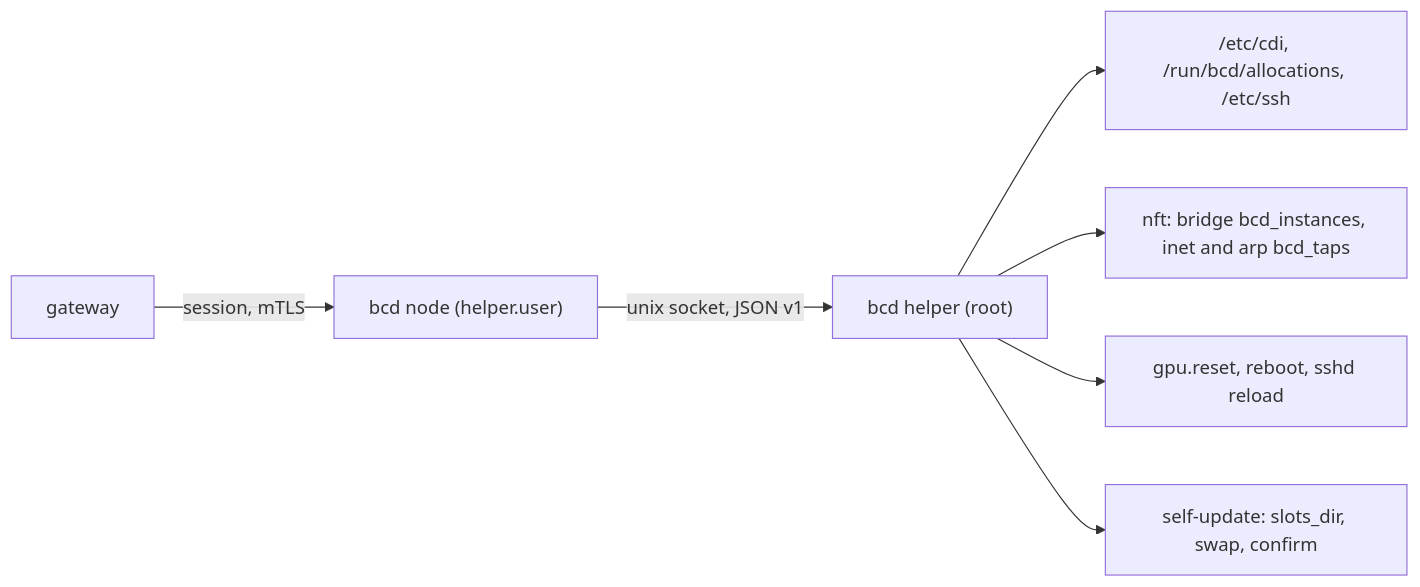
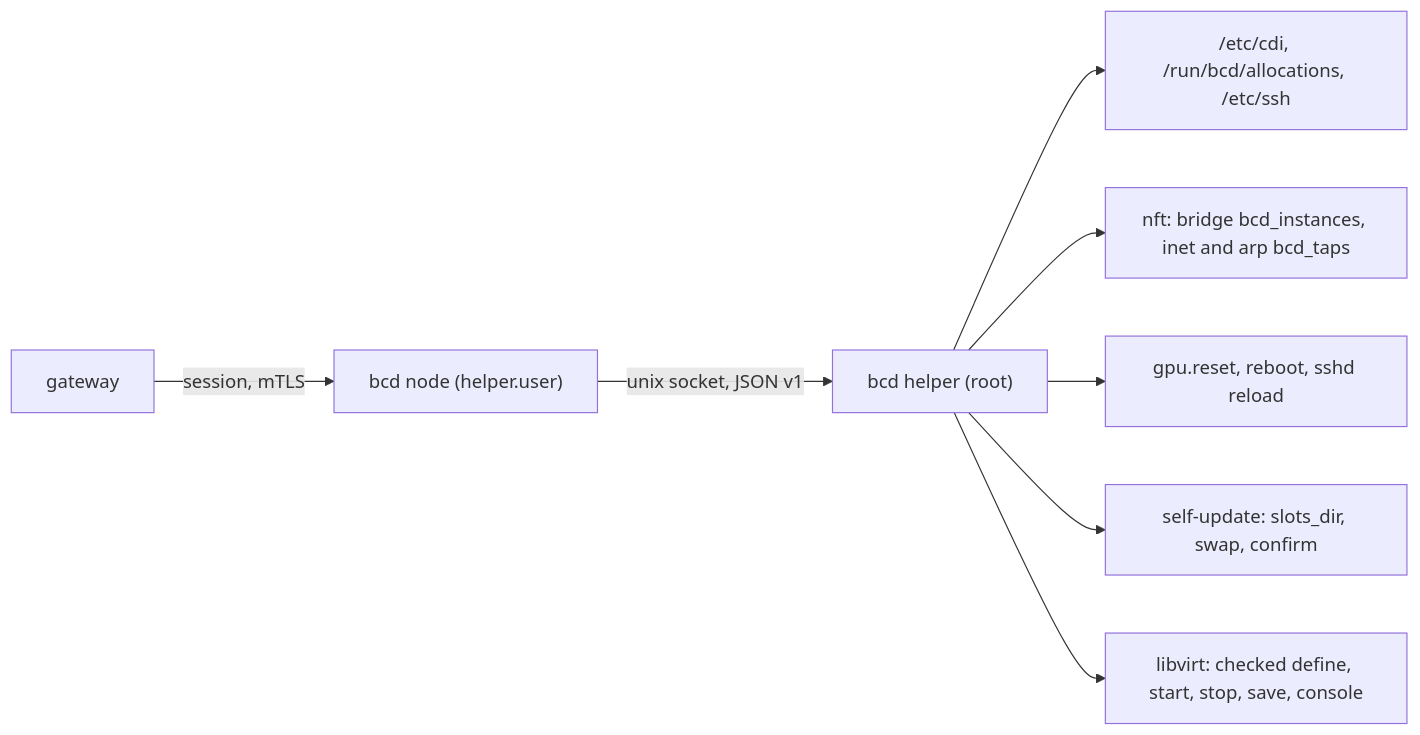
The second of 2 diagrams in apps/docs/content/docs/daemon/index.mdx (Better-Compute/better-compute), drawn with Mermaid before and after one commit. The commit also changed other lines of this file and 19 other files, not shown here.

````diff
--- a/apps/docs/content/docs/daemon/index.mdx
+++ b/apps/docs/content/docs/daemon/index.mdx
@@ -380,9 +389,10 @@
 ```mermaid
 flowchart LR
   G["gateway"] -->|"session, mTLS"| N["bcd node (helper.user)"]
   N -->|"unix socket, JSON v1"| H["bcd helper (root)"]
   H --> F["/etc/cdi, /run/bcd/allocations, /etc/ssh"]
   H --> T["nft: bridge bcd_instances, inet and arp bcd_taps"]
   H --> R["gpu.reset, reboot, sshd reload"]
   H --> U["self-update: slots_dir, swap, confirm"]
+  H --> L["libvirt: checked define, start, stop, save, console"]
 ```
````
